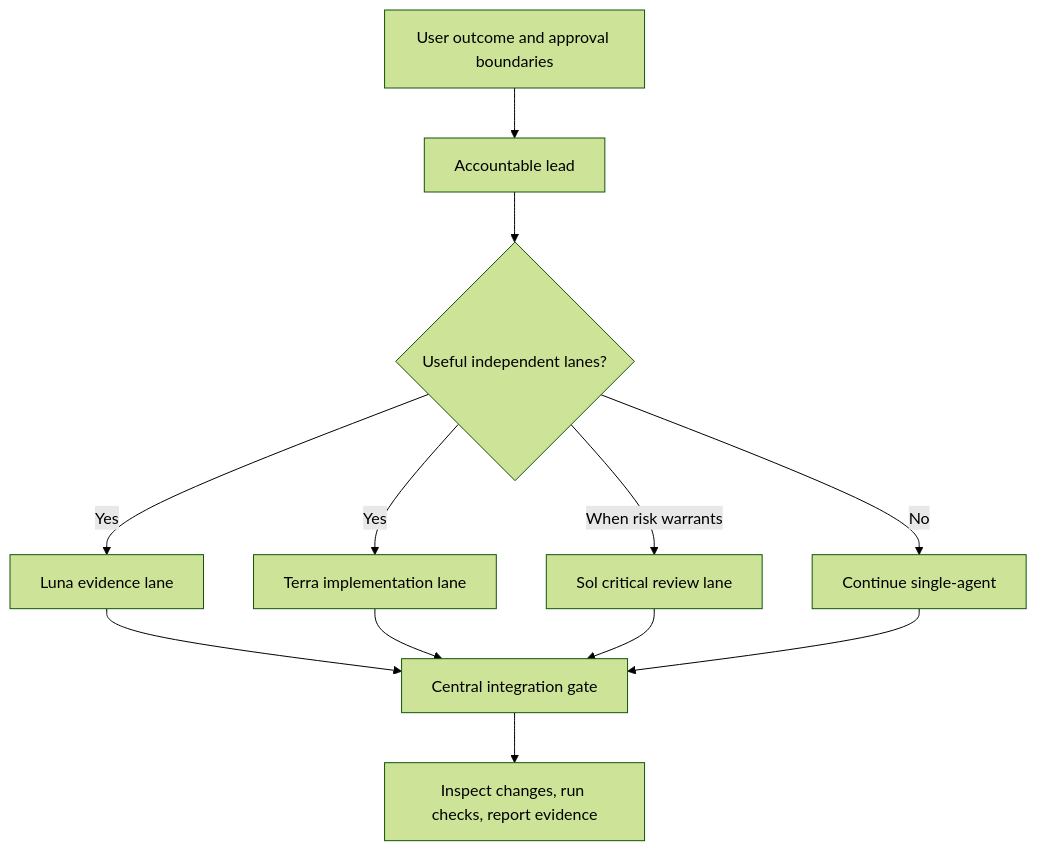
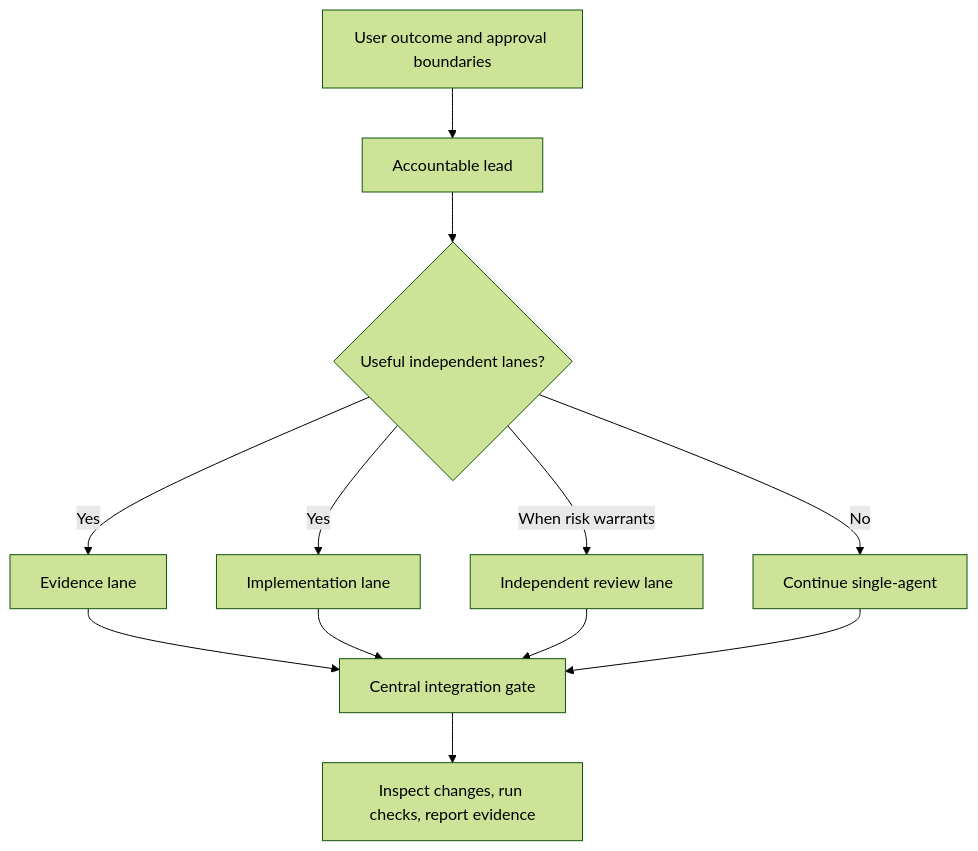
Before and after one commit to RSB-HOLDING/orchestrate-with-sol-ultra: the diagram in README.md, drawn with Mermaid (forest theme). The commit also changed other lines of this file and 6 other files, not shown here.

````diff
--- a/README.md
+++ b/README.md
@@ -32,14 +36,14 @@
 ```mermaid
 flowchart TD
     U["User outcome and approval boundaries"] --> L["Accountable lead"]
     L --> D{"Useful independent lanes?"}
     D -->|"No"| S["Continue single-agent"]
-    D -->|"Yes"| E["Luna evidence lane"]
-    D -->|"Yes"| I["Terra implementation lane"]
-    D -->|"When risk warrants"| R["Sol critical review lane"]
+    D -->|"Yes"| E["Evidence lane"]
+    D -->|"Yes"| I["Implementation lane"]
+    D -->|"When risk warrants"| R["Independent review lane"]
     E --> G["Central integration gate"]
     I --> G
     R --> G
     S --> G
     G --> V["Inspect changes, run checks, report evidence"]
 ```
````
